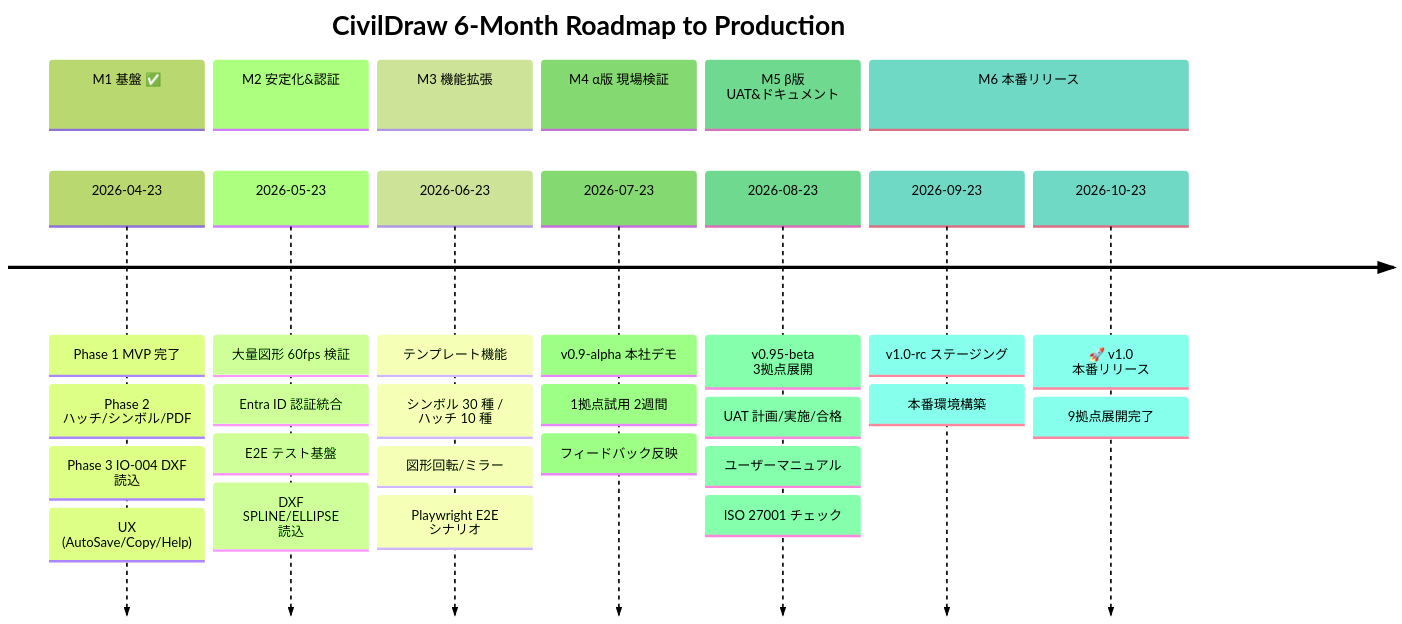
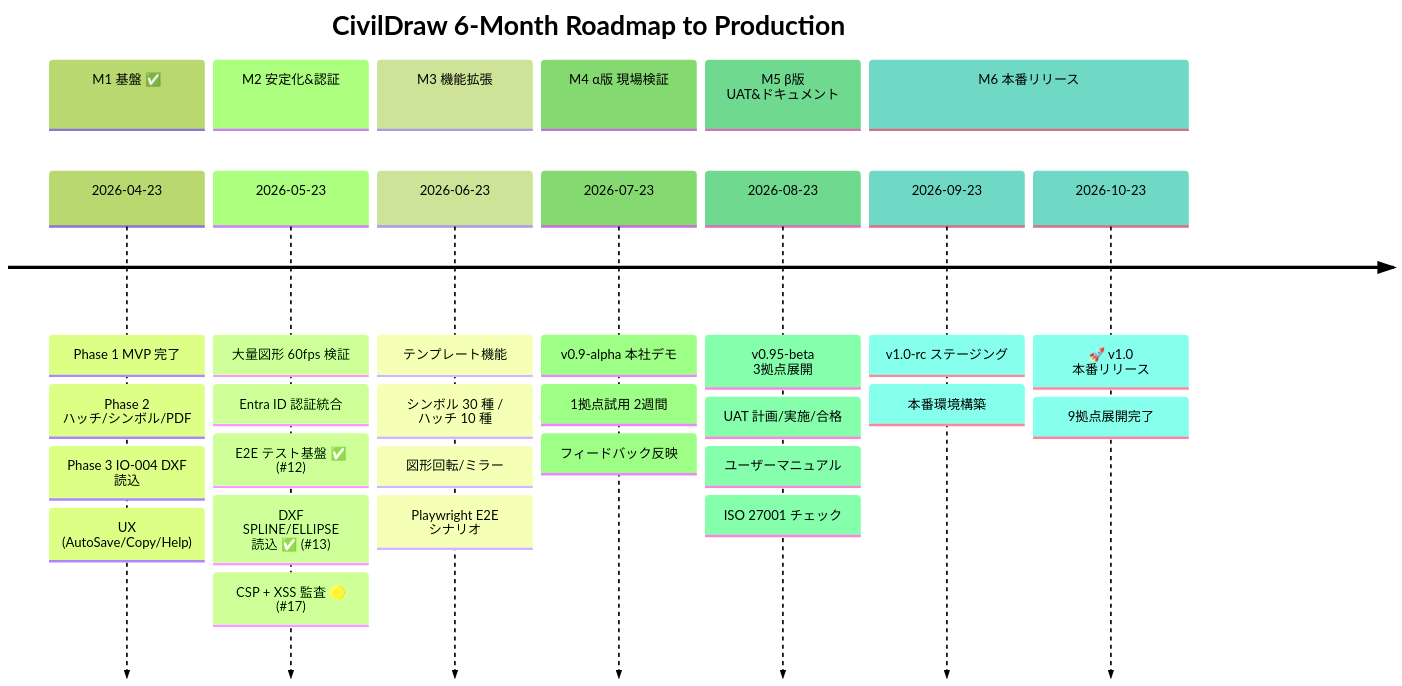
One commit to Kensan196948G/Civil-Draw changed the fourth of 4 diagrams in README.md. Above: the diagram before and after it, drawn with Mermaid (forest theme). The commit also changed other lines of this file and 1 other file, not shown here.

First line of the commit message:
docs(M2): README/ROADMAP に SEC-001 PR #18 と DXF-001 merge 完了を反映

````diff
--- a/README.md
+++ b/README.md
@@ -300,33 +300,34 @@
 ```mermaid
 timeline
     title CivilDraw 6-Month Roadmap to Production
     section M1 基盤 ✅
         2026-04-23 : Phase 1 MVP 完了
                     : Phase 2 ハッチ/シンボル/PDF
                     : Phase 3 IO-004 DXF 読込
                     : UX (AutoSave/Copy/Help)
     section M2 安定化&認証
         2026-05-23 : 大量図形 60fps 検証
                     : Entra ID 認証統合
-                    : E2E テスト基盤
-                    : DXF SPLINE/ELLIPSE 読込
+                    : E2E テスト基盤 ✅ (#12)
+                    : DXF SPLINE/ELLIPSE 読込 ✅ (#13)
+                    : CSP + XSS 監査 🟡 (#17)
     section M3 機能拡張
         2026-06-23 : テンプレート機能
                     : シンボル 30 種 / ハッチ 10 種
                     : 図形回転/ミラー
                     : Playwright E2E シナリオ
     section M4 α版 現場検証
         2026-07-23 : v0.9-alpha 本社デモ
                     : 1拠点試用 2週間
                     : フィードバック反映
     section M5 β版 UAT&ドキュメント
         2026-08-23 : v0.95-beta 3拠点展開
                     : UAT 計画/実施/合格
                     : ユーザーマニュアル
                     : ISO 27001 チェック
     section M6 本番リリース
         2026-09-23 : v1.0-rc ステージング
                     : 本番環境構築
         2026-10-23 : 🚀 v1.0 本番リリース
                     : 9拠点展開完了
 ```
````
